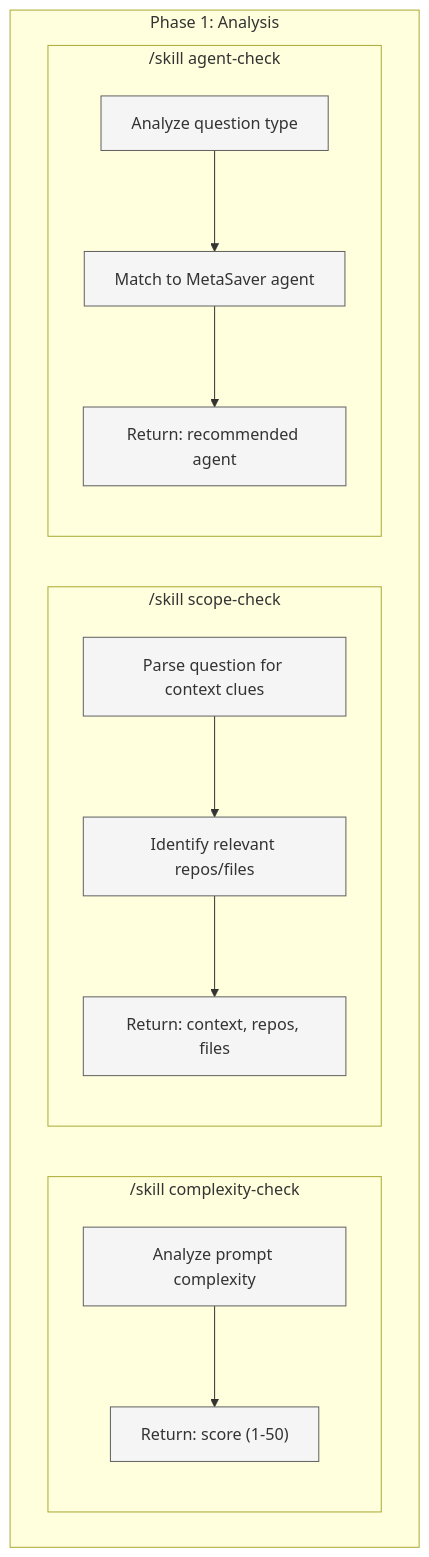
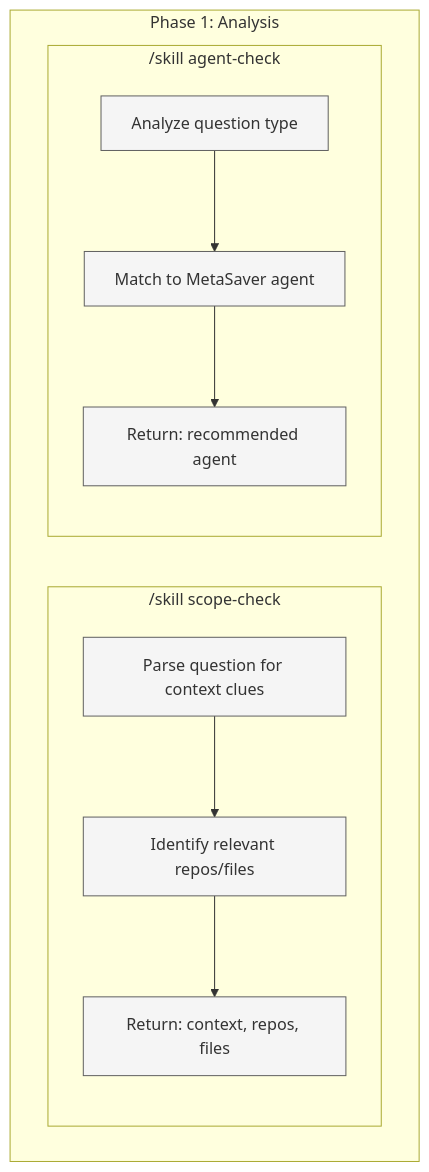
The second of 5 diagrams in docs/architecture/qq-command-target-state.md (metasaver/metasaver-marketplace), drawn with Mermaid before and after one commit. The commit also changed other lines of this file and 21 other files, not shown here.

````diff
--- a/docs/architecture/qq-command-target-state.md
+++ b/docs/architecture/qq-command-target-state.md
@@ -80,27 +58,21 @@
 ```mermaid
 flowchart TB
     classDef skill fill:#fff8e1,stroke:#f57f17,stroke-width:2px
     classDef step fill:#f5f5f5,stroke:#616161,stroke-width:1px
 
     subgraph P1["Phase 1: Analysis"]
-        subgraph CC["/skill complexity-check"]
-            CC1["Analyze prompt complexity"]:::step
-            CC2["Return: score (1-50)"]:::step
-            CC1 --> CC2
-        end
-
         subgraph SC["/skill scope-check"]
             SC1["Parse question for context clues"]:::step
             SC2["Identify relevant repos/files"]:::step
             SC3["Return: context, repos, files"]:::step
             SC1 --> SC2 --> SC3
         end
 
         subgraph AC["/skill agent-check"]
             AC1["Analyze question type"]:::step
             AC2["Match to MetaSaver agent"]:::step
             AC3["Return: recommended agent"]:::step
             AC1 --> AC2 --> AC3
         end
     end
 ```
````
